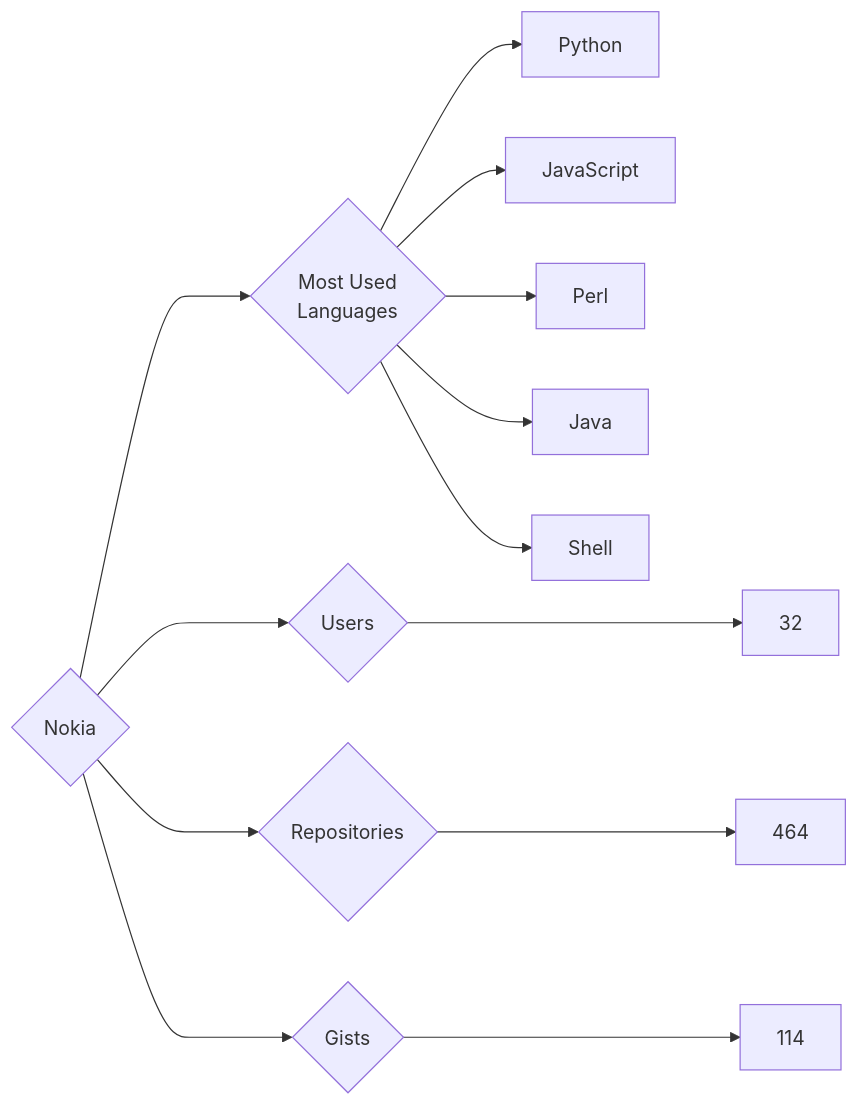
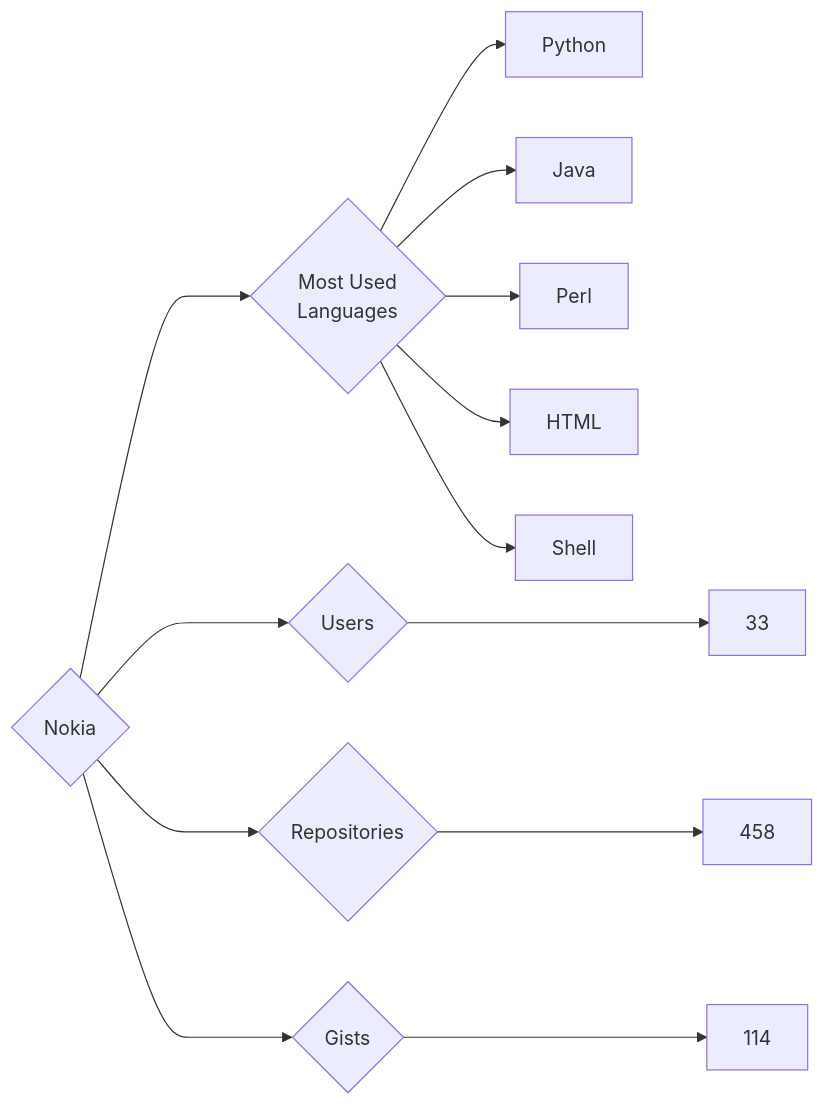
Before and after one commit to trickest/insiders: the diagram in targets/Nokia/README.md, drawn with Mermaid. The commit also changed 715 other files, not shown here.

````diff
--- a/targets/Nokia/README.md
+++ b/targets/Nokia/README.md
@@ -3,13 +3,13 @@
 ```mermaid
 graph LR
 COMPANY_NAME{Nokia}
-COMPANY_NAME ---> U{Users} ---> UN[32]
-COMPANY_NAME ---> R{Repositories} ---> RN[464]
+COMPANY_NAME ---> U{Users} ---> UN[33]
+COMPANY_NAME ---> R{Repositories} ---> RN[458]
 COMPANY_NAME ---> G{Gists} ---> GN[114]
 COMPANY_NAME ---> ML{Most Used<br>Languages}
 ML --> Python[Python]
-ML --> JavaScript[JavaScript]
+ML --> Java[Java]
 ML --> Perl[Perl]
-ML --> Java[Java]
+ML --> HTML[HTML]
 ML --> Shell[Shell]
 ```
````
